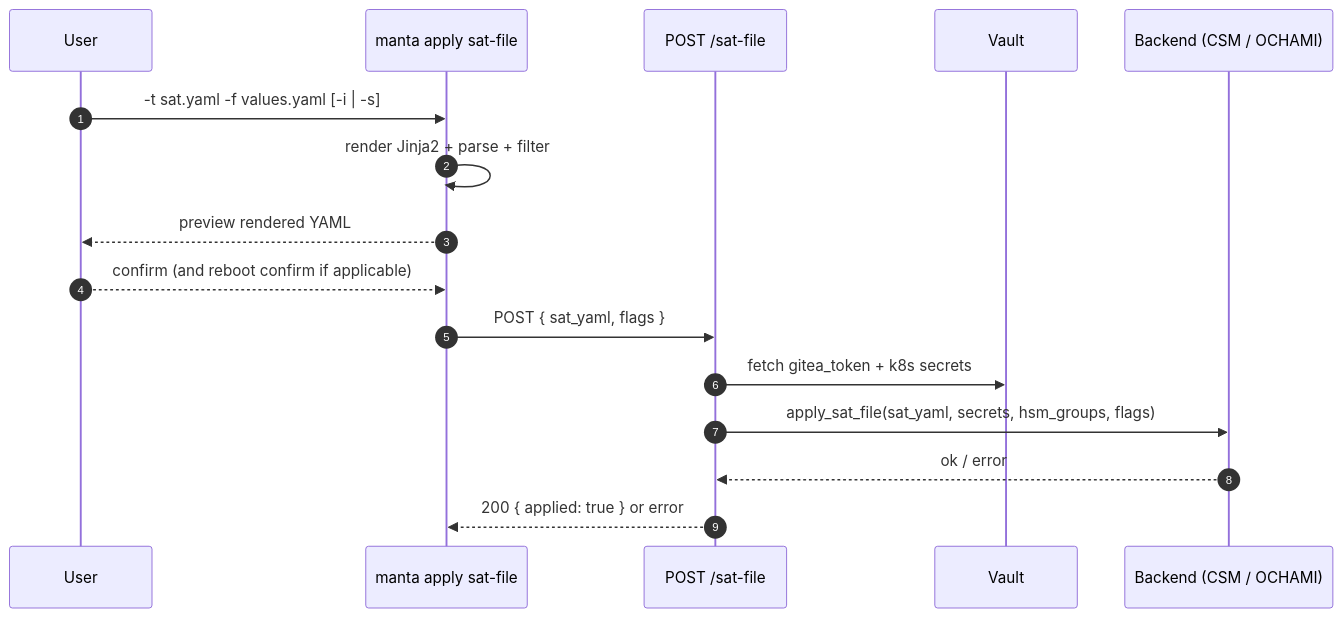
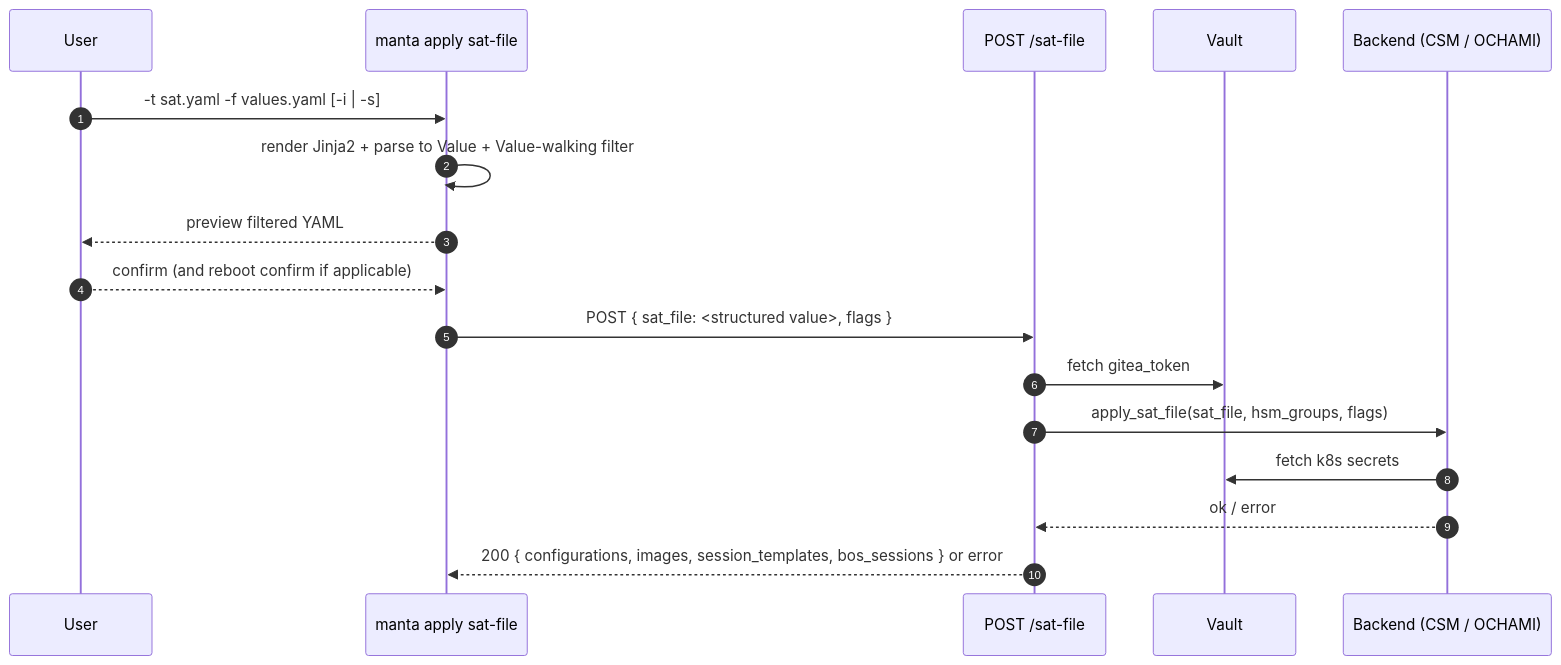
The diagram in API.md (eth-cscs/manta), drawn with Mermaid before and after one commit. The commit also changed other lines of this file and 13 other files, not shown here.

First line of the commit message:
refactor(sat-file): pipe parsed Value through trait; delete manta-shared SatFile

````diff
--- a/API.md
+++ b/API.md
@@ -1067,19 +1067,20 @@
 ```mermaid
 sequenceDiagram
   autonumber
   participant U as User
   participant CLI as manta apply sat-file
   participant Srv as POST /sat-file
   participant Vault
   participant BE as Backend (CSM / OCHAMI)
 
   U->>CLI: -t sat.yaml -f values.yaml [-i | -s]
-  CLI->>CLI: render Jinja2 + parse + filter
-  CLI-->>U: preview rendered YAML
+  CLI->>CLI: render Jinja2 + parse to Value + Value-walking filter
+  CLI-->>U: preview filtered YAML
   U-->>CLI: confirm (and reboot confirm if applicable)
-  CLI->>Srv: POST { sat_yaml, flags }
-  Srv->>Vault: fetch gitea_token + k8s secrets
-  Srv->>BE: apply_sat_file(sat_yaml, secrets, hsm_groups, flags)
+  CLI->>Srv: POST { sat_file: <structured value>, flags }
+  Srv->>Vault: fetch gitea_token
+  Srv->>BE: apply_sat_file(sat_file, hsm_groups, flags)
+  BE->>Vault: fetch k8s secrets
   BE-->>Srv: ok / error
-  Srv-->>CLI: 200 { applied: true } or error
+  Srv-->>CLI: 200 { configurations, images, session_templates, bos_sessions } or error
 ```
````
